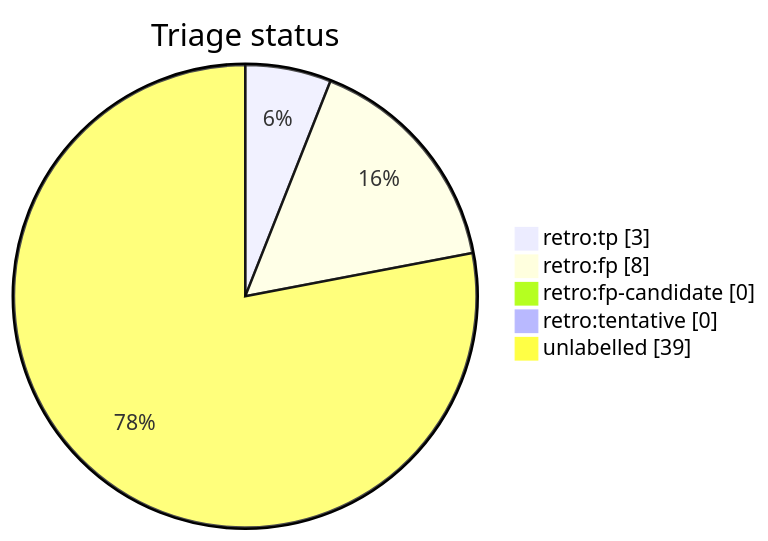
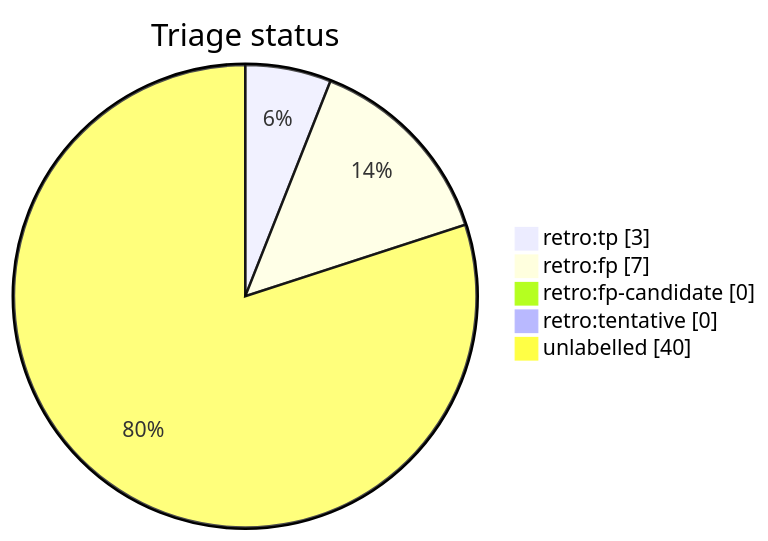
The diagram in docs/generated/scripts/auto-retro-triage-report.md (tvna/claude-md), drawn with Mermaid before and after one commit. The commit also changed other lines of this file, not shown here.

First line of the commit message:
chore(auto-retro): refresh triage report

````diff
--- a/docs/generated/scripts/auto-retro-triage-report.md
+++ b/docs/generated/scripts/auto-retro-triage-report.md
@@ -15,9 +15,9 @@
 ```mermaid
 pie showData
     title Triage status
     "retro:tp" : 3
-    "retro:fp" : 8
+    "retro:fp" : 7
     "retro:fp-candidate" : 0
     "retro:tentative" : 0
-    "unlabelled" : 39
+    "unlabelled" : 40
 ```
````
